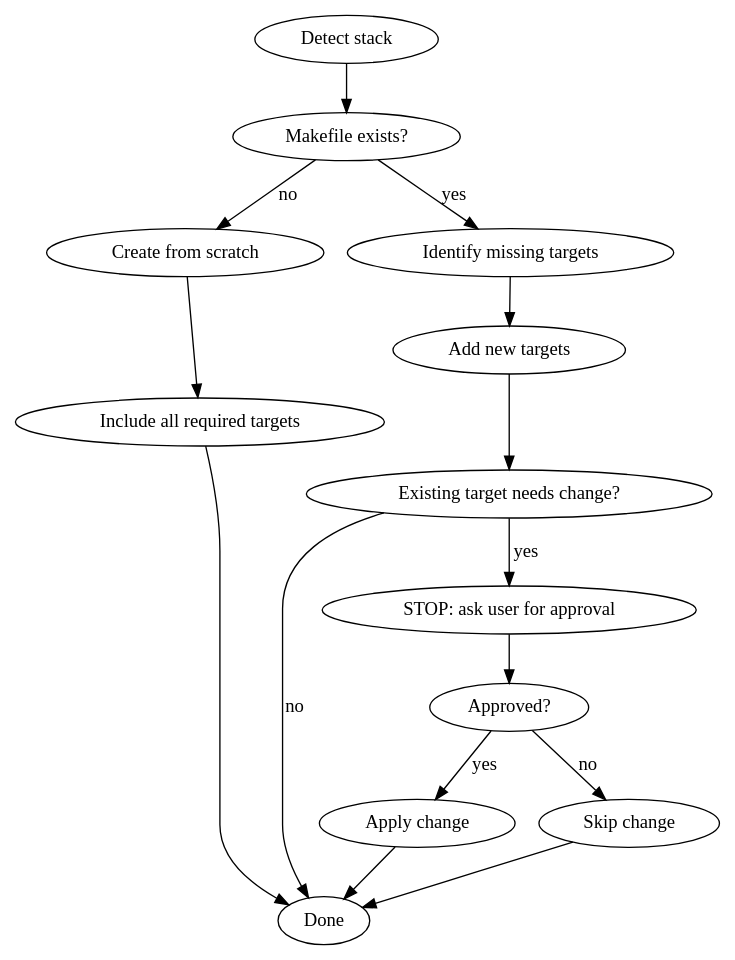
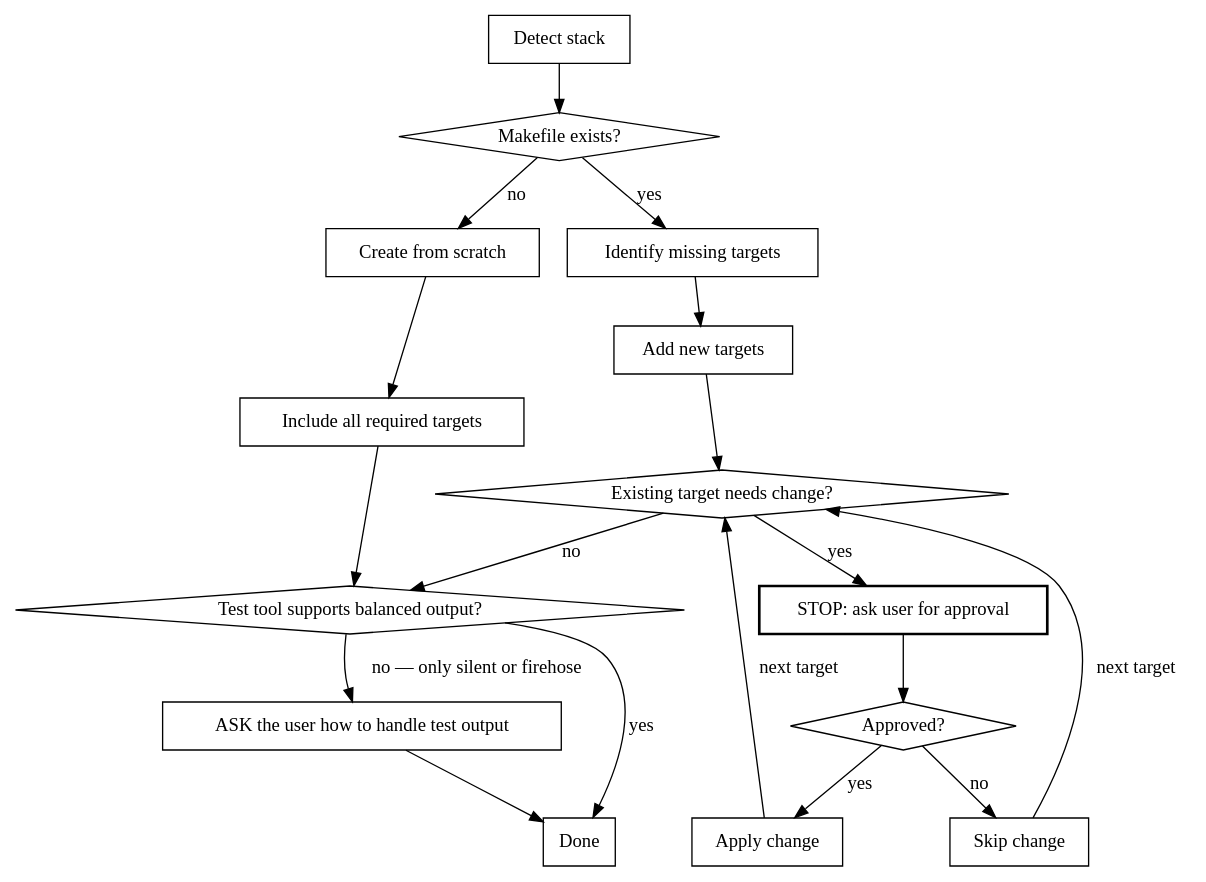
The diagram in plugins/paad/skills/makefile/SKILL.md (Ovid/paad), drawn with Graphviz before and after one commit.

Commit message:
makefile: fix shape attribute on an edge, declare every node
'STOP: ask user for approval' -> 'Approved?' [shape=diamond] set shape on
the edge; graphviz accepted and ignored it, so the decision node rendered
as an ellipse. Declares all nodes, adds the per-target approval loop and
the balanced-test-output ask.

````diff
--- a/plugins/paad/skills/makefile/SKILL.md
+++ b/plugins/paad/skills/makefile/SKILL.md
@@ -16,18 +16,37 @@
 ```dot
 digraph makefile_flow {
+    "Makefile exists?" [shape=diamond];
+    "Existing target needs change?" [shape=diamond];
+    "Approved?" [shape=diamond];
+    "Test tool supports balanced output?" [shape=diamond];
+
+    "Detect stack" [shape=box];
+    "Create from scratch" [shape=box];
+    "Include all required targets" [shape=box];
+    "Identify missing targets" [shape=box];
+    "Add new targets" [shape=box];
+    "STOP: ask user for approval" [shape=box, style=bold];
+    "Apply change" [shape=box];
+    "Skip change" [shape=box];
+    "ASK the user how to handle test output" [shape=box];
+    "Done" [shape=box];
+
     "Detect stack" -> "Makefile exists?";
     "Makefile exists?" -> "Create from scratch" [label="no"];
     "Makefile exists?" -> "Identify missing targets" [label="yes"];
     "Create from scratch" -> "Include all required targets";
-    "Include all required targets" -> "Done";
+    "Include all required targets" -> "Test tool supports balanced output?";
     "Identify missing targets" -> "Add new targets";
     "Add new targets" -> "Existing target needs change?";
-    "Existing target needs change?" -> "Done" [label="no"];
+    "Existing target needs change?" -> "Test tool supports balanced output?" [label="no"];
     "Existing target needs change?" -> "STOP: ask user for approval" [label="yes"];
-    "STOP: ask user for approval" -> "Approved?" [shape=diamond];
+    "STOP: ask user for approval" -> "Approved?";
     "Approved?" -> "Apply change" [label="yes"];
     "Approved?" -> "Skip change" [label="no"];
-    "Apply change" -> "Done";
-    "Skip change" -> "Done";
+    "Apply change" -> "Existing target needs change?" [label="next target"];
+    "Skip change" -> "Existing target needs change?" [label="next target"];
+    "Test tool supports balanced output?" -> "Done" [label="yes"];
+    "Test tool supports balanced output?" -> "ASK the user how to handle test output" [label="no — only silent or firehose"];
+    "ASK the user how to handle test output" -> "Done";
 }
 ```
````
